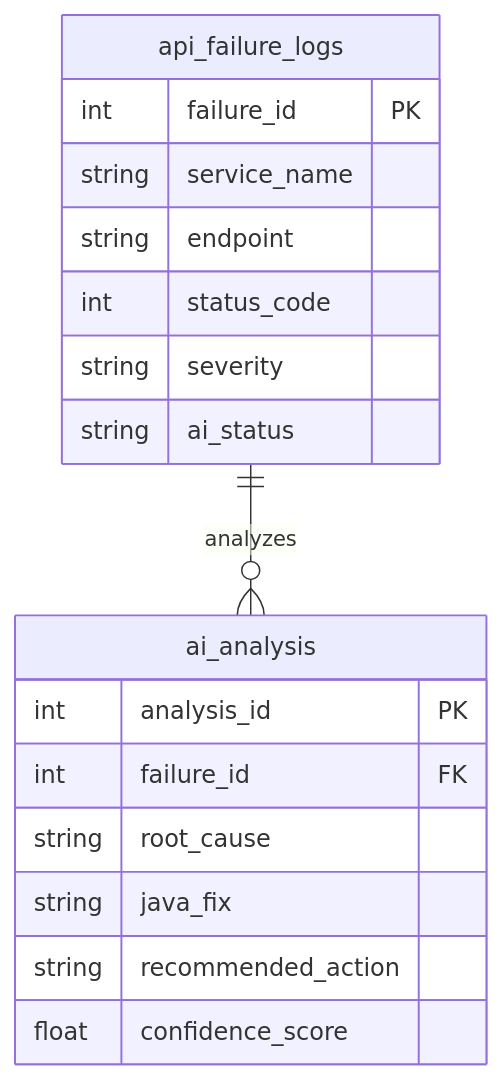
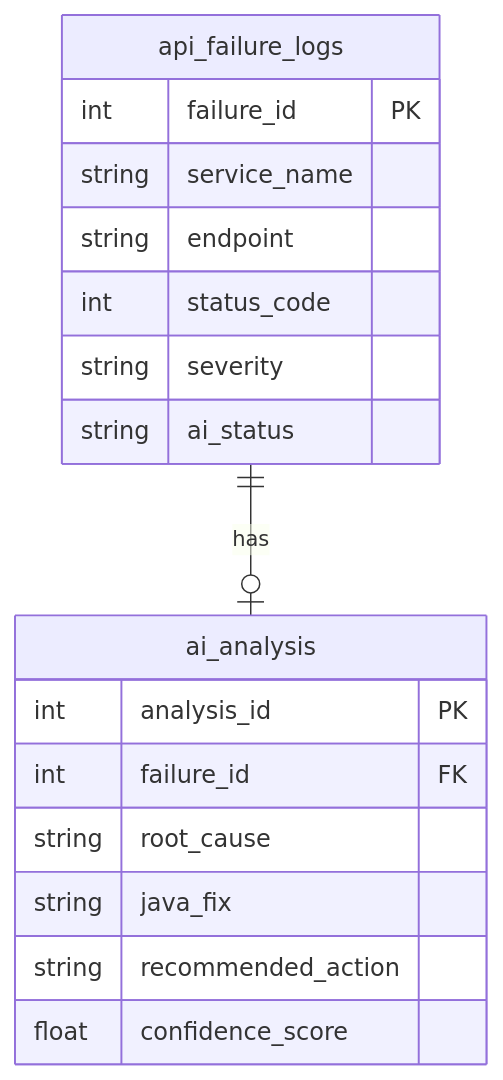
The second of 2 diagrams in README.md (FarhaSerinNaaz/DevStream), drawn with Mermaid before and after one commit. The commit also changed other lines of this file, not shown here.

Commit message:
Enhance README with database diagram explanation
Added a diagram description for database schema.

````diff
--- a/README.md
+++ b/README.md
@@ -136,23 +138,23 @@
 ```mermaid
 erDiagram
 
-api_failure_logs ||--o{ ai_analysis : analyzes
+api_failure_logs ||--o| ai_analysis : has
 
 api_failure_logs {
     int failure_id PK
     string service_name
     string endpoint
     int status_code
     string severity
     string ai_status
 }
 
 ai_analysis {
     int analysis_id PK
     int failure_id FK
     string root_cause
     string java_fix
     string recommended_action
     float confidence_score
 }
 ```
````
